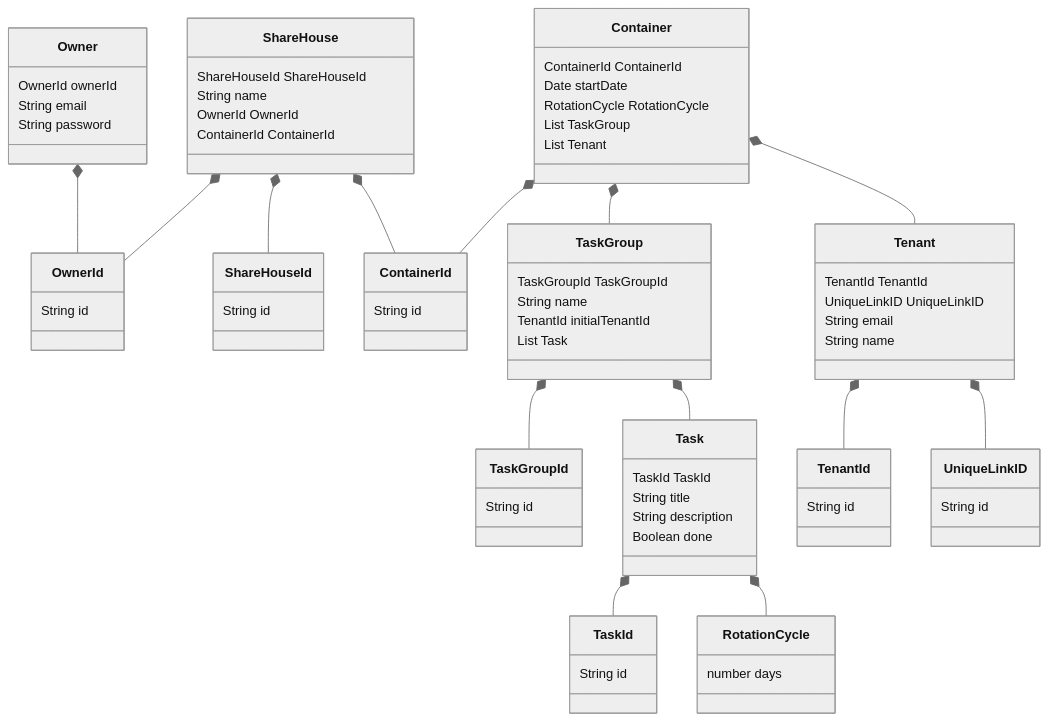
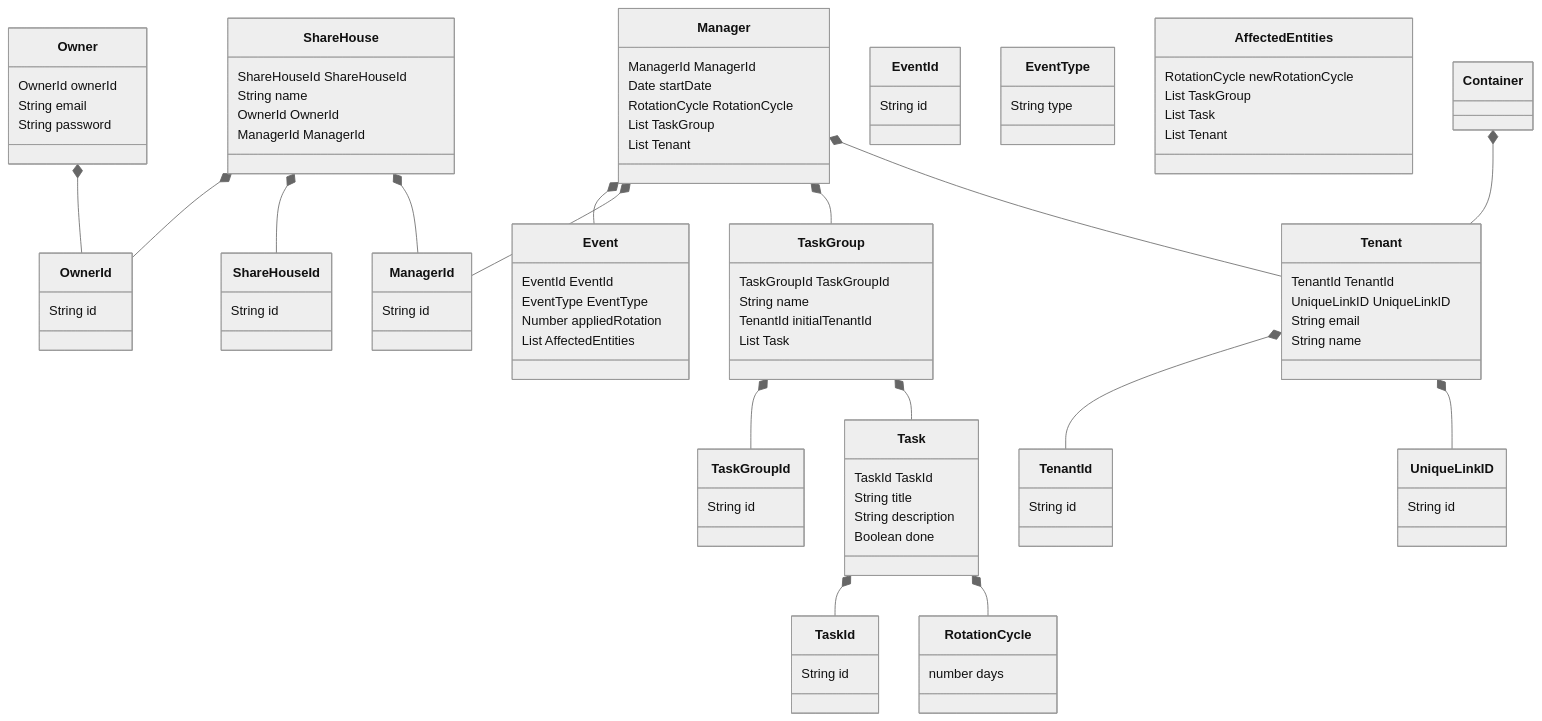
The diagram in modeling.md (Tascurator/tascurator-documents), drawn with Mermaid (neutral theme) before and after one commit.

Commit message:
docs: rename Container with Manager class

```diff
--- a/modeling.md
+++ b/modeling.md
@@ -14,18 +14,18 @@
         ShareHouseId ShareHouseId
         String name
         OwnerId OwnerId
-        ContainerId ContainerId
+        ManagerId ManagerId
     }
     
-    class Container {
-        ContainerId ContainerId
+    class Manager {
+        ManagerId ManagerId
         Date startDate
         RotationCycle RotationCycle
         List TaskGroup
         List Tenant
     }
     
-    class ContainerId {
+    class ManagerId {
         String id
     }
 
@@ -74,12 +74,36 @@
         String id
     }
 
+    class Event {
+        EventId EventId
+        EventType EventType
+        Number appliedRotation
+        List AffectedEntities
+    }
+
+    class EventId {
+        String id
+    }
+
+    class EventType {
+        String type
+    }
+
+    class AffectedEntities {
+        RotationCycle newRotationCycle
+        List TaskGroup
+        List Task
+        List Tenant
+    }
+
     Owner *-- OwnerId
     ShareHouse *-- OwnerId
     ShareHouse *-- ShareHouseId
-    ShareHouse *-- ContainerId
-    Container *-- ContainerId
-    Container *-- TaskGroup
+    ShareHouse *-- ManagerId
+    Manager *-- Event
+    Manager *-- ManagerId
+    Manager *-- TaskGroup
+    Manager *-- Tenant
     TaskGroup *-- TaskGroupId
     Container *-- Tenant
     TaskGroup *-- Task
```
